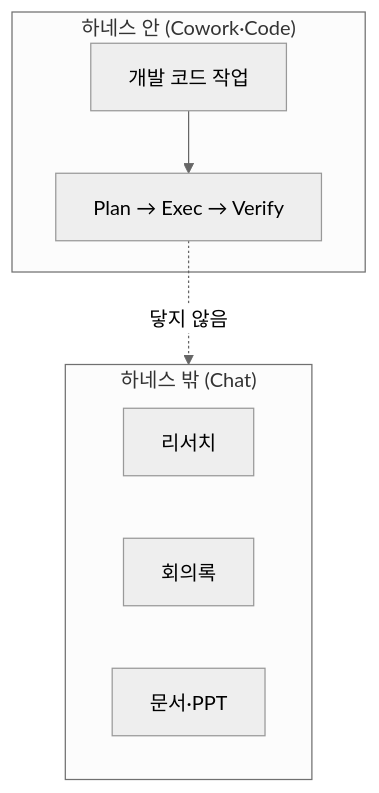
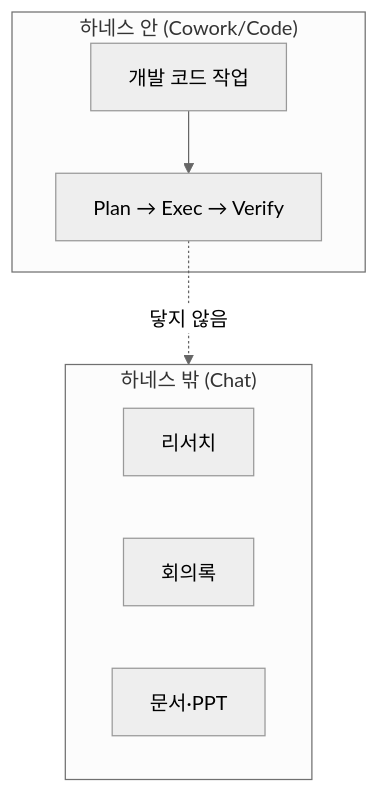
The first of 4 diagrams in src/content/posts/harness-10-common-skills.md (RJ-Stony/injoy), drawn with Mermaid (neutral theme) before and after one commit. The commit also changed other lines of this file and 1 other file, not shown here.

````diff
--- a/src/content/posts/harness-10-common-skills.md
+++ b/src/content/posts/harness-10-common-skills.md
@@ -41,12 +41,12 @@
 ```mermaid
 flowchart TD
-    subgraph IN["하네스 안 (Cowork·Code)"]
+    subgraph IN["하네스 안 (Cowork/Code)"]
         C["개발 코드 작업"] --> P["Plan → Exec → Verify"]
     end
     subgraph OUT["하네스 밖 (Chat)"]
         R["리서치"]
         M["회의록"]
         D["문서·PPT"]
     end
     P -.닿지 않음.-> OUT
 ```
````
